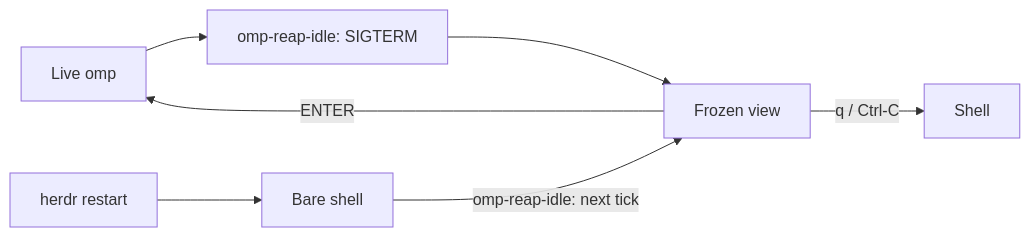
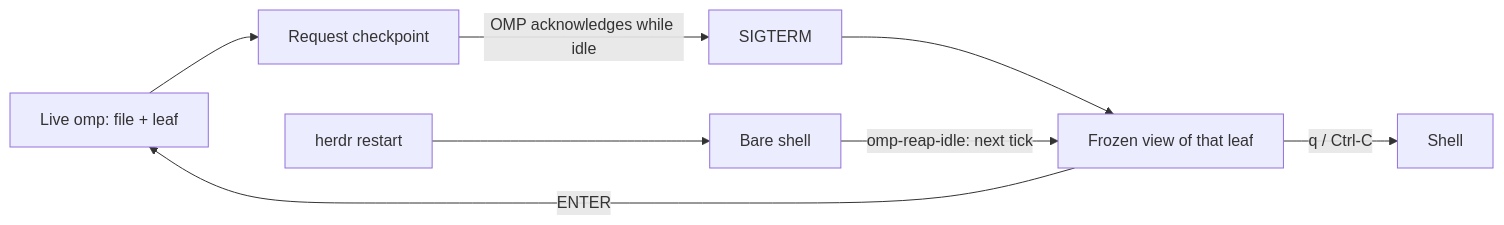
One commit to xenking/herdr-omp-sleep changed the diagram in README.md. Above: the diagram before and after it, drawn with Mermaid. The commit also changed other lines of this file and 11 other files, not shown here.

````diff
--- a/README.md
+++ b/README.md
@@ -21,9 +21,10 @@
 ```mermaid
 graph LR
-    A["Live omp"] --> B["omp-reap-idle: SIGTERM"]
-    B --> C["Frozen view"]
+    A["Live omp: file + leaf"] --> B["Request checkpoint"]
+    B -->|"OMP acknowledges while idle"| S["SIGTERM"]
+    S --> C["Frozen view of that leaf"]
     C -->|"ENTER"| A
     C -->|"q / Ctrl-C"| D["Shell"]
     E["herdr restart"] --> F["Bare shell"]
     F -->|"omp-reap-idle: next tick"| C
 ```
````
